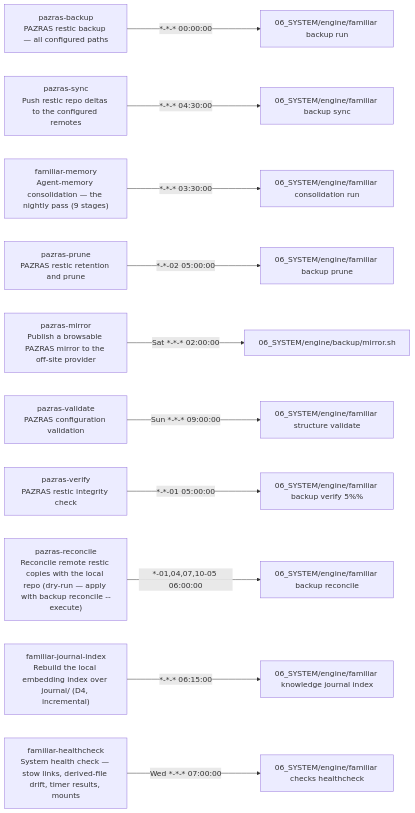
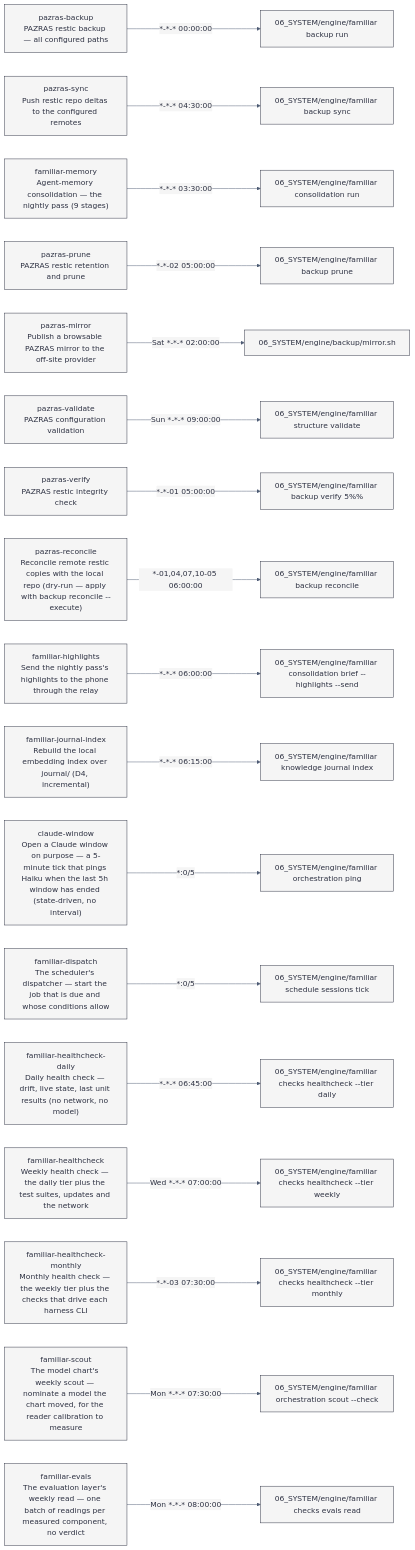
One commit to rgutzen/familiaris changed the fourth of 5 diagrams in docs/reference/maps.md. Above: the diagram before and after it, drawn with Mermaid. The commit also changed other lines of this file and 440 other files, not shown here.

````diff
--- a/docs/reference/maps.md
+++ b/docs/reference/maps.md
@@ -133,23 +147,38 @@
 ```mermaid
+%%{init: {'theme': 'base', 'themeVariables': {'background': '#f5f5f5', 'primaryColor': '#f5f5f5', 'primaryTextColor': '#2d3142', 'primaryBorderColor': '#2d3142', 'secondaryColor': '#ececec', 'tertiaryColor': '#ececec', 'lineColor': '#4f5d75', 'textColor': '#2d3142', 'edgeLabelBackground': '#f5f5f5', 'clusterBkg': '#ececec', 'clusterBorder': '#bfc0c0', 'noteBkgColor': '#f5f5f5', 'fontFamily': 'Geist, Helvetica Neue, Arial'}}}%%
 flowchart LR
   u_pazras_backup["pazras-backup<br/>PAZRAS restic backup — all configured paths"]
   u_pazras_sync["pazras-sync<br/>Push restic repo deltas to the configured remotes"]
   u_familiar_memory["familiar-memory<br/>Agent-memory consolidation — the nightly pass (9 stages)"]
   u_pazras_prune["pazras-prune<br/>PAZRAS restic retention and prune"]
   u_pazras_mirror["pazras-mirror<br/>Publish a browsable PAZRAS mirror to the off-site provider"]
   u_pazras_validate["pazras-validate<br/>PAZRAS configuration validation"]
   u_pazras_verify["pazras-verify<br/>PAZRAS restic integrity check"]
   u_pazras_reconcile["pazras-reconcile<br/>Reconcile remote restic copies with the local repo (dry-run — apply with backup reconcile --execute)"]
+  u_familiar_highlights["familiar-highlights<br/>Send the nightly pass's highlights to the phone through the relay"]
   u_familiar_journal_index["familiar-journal-index<br/>Rebuild the local embedding index over journal/ (D4, incremental)"]
-  u_familiar_healthcheck["familiar-healthcheck<br/>System health check — stow links, derived-file drift, timer results, mounts"]
+  u_claude_window["claude-window<br/>Open a Claude window on purpose — a 5-minute tick that pings Haiku when the last 5h window has ended (state-driven, no interval)"]
+  u_familiar_dispatch["familiar-dispatch<br/>The scheduler's dispatcher — start the job that is due and whose conditions allow"]
+  u_familiar_healthcheck_daily["familiar-healthcheck-daily<br/>Daily health check — drift, live state, last unit results (no network, no model)"]
+  u_familiar_healthcheck["familiar-healthcheck<br/>Weekly health check — the daily tier plus the test suites, updates and the network"]
+  u_familiar_healthcheck_monthly["familiar-healthcheck-monthly<br/>Monthly health check — the weekly tier plus the checks that drive each harness CLI"]
+  u_familiar_scout["familiar-scout<br/>The model chart's weekly scout — nominate a model the chart moved, for the reader calibration to measure"]
+  u_familiar_evals["familiar-evals<br/>The evaluation layer's weekly read — one batch of readings per measured component, no verdict"]
   u_pazras_backup -->|"*-*-* 00:00:00"| run_u_pazras_backup["06_SYSTEM/engine/familiar backup run"]
   u_pazras_sync -->|"*-*-* 04:30:00"| run_u_pazras_sync["06_SYSTEM/engine/familiar backup sync"]
   u_familiar_memory -->|"*-*-* 03:30:00"| run_u_familiar_memory["06_SYSTEM/engine/familiar consolidation run"]
   u_pazras_prune -->|"*-*-02 05:00:00"| run_u_pazras_prune["06_SYSTEM/engine/familiar backup prune"]
   u_pazras_mirror -->|"Sat *-*-* 02:00:00"| run_u_pazras_mirror["06_SYSTEM/engine/backup/mirror.sh"]
   u_pazras_validate -->|"Sun *-*-* 09:00:00"| run_u_pazras_validate["06_SYSTEM/engine/familiar structure validate"]
   u_pazras_verify -->|"*-*-01 05:00:00"| run_u_pazras_verify["06_SYSTEM/engine/familiar backup verify 5%%"]
   u_pazras_reconcile -->|"*-01,04,07,10-05 06:00:00"| run_u_pazras_reconcile["06_SYSTEM/engine/familiar backup reconcile"]
+  u_familiar_highlights -->|"*-*-* 06:00:00"| run_u_familiar_highlights["06_SYSTEM/engine/familiar consolidation brief --highlights --send"]
   u_familiar_journal_index -->|"*-*-* 06:15:00"| run_u_familiar_journal_index["06_SYSTEM/engine/familiar knowledge journal index"]
-  u_familiar_healthcheck -->|"Wed *-*-* 07:00:00"| run_u_familiar_healthcheck["06_SYSTEM/engine/familiar checks healthcheck"]
+  u_claude_window -->|"*:0/5"| run_u_claude_window["06_SYSTEM/engine/familiar orchestration ping"]
+  u_familiar_dispatch -->|"*:0/5"| run_u_familiar_dispatch["06_SYSTEM/engine/familiar schedule sessions tick"]
+  u_familiar_healthcheck_daily -->|"*-*-* 06:45:00"| run_u_familiar_healthcheck_daily["06_SYSTEM/engine/familiar checks healthcheck --tier daily"]
+  u_familiar_healthcheck -->|"Wed *-*-* 07:00:00"| run_u_familiar_healthcheck["06_SYSTEM/engine/familiar checks healthcheck --tier weekly"]
+  u_familiar_healthcheck_monthly -->|"*-*-03 07:30:00"| run_u_familiar_healthcheck_monthly["06_SYSTEM/engine/familiar checks healthcheck --tier monthly"]
+  u_familiar_scout -->|"Mon *-*-* 07:30:00"| run_u_familiar_scout["06_SYSTEM/engine/familiar orchestration scout --check"]
+  u_familiar_evals -->|"Mon *-*-* 08:00:00"| run_u_familiar_evals["06_SYSTEM/engine/familiar checks evals read"]
 ```
````
